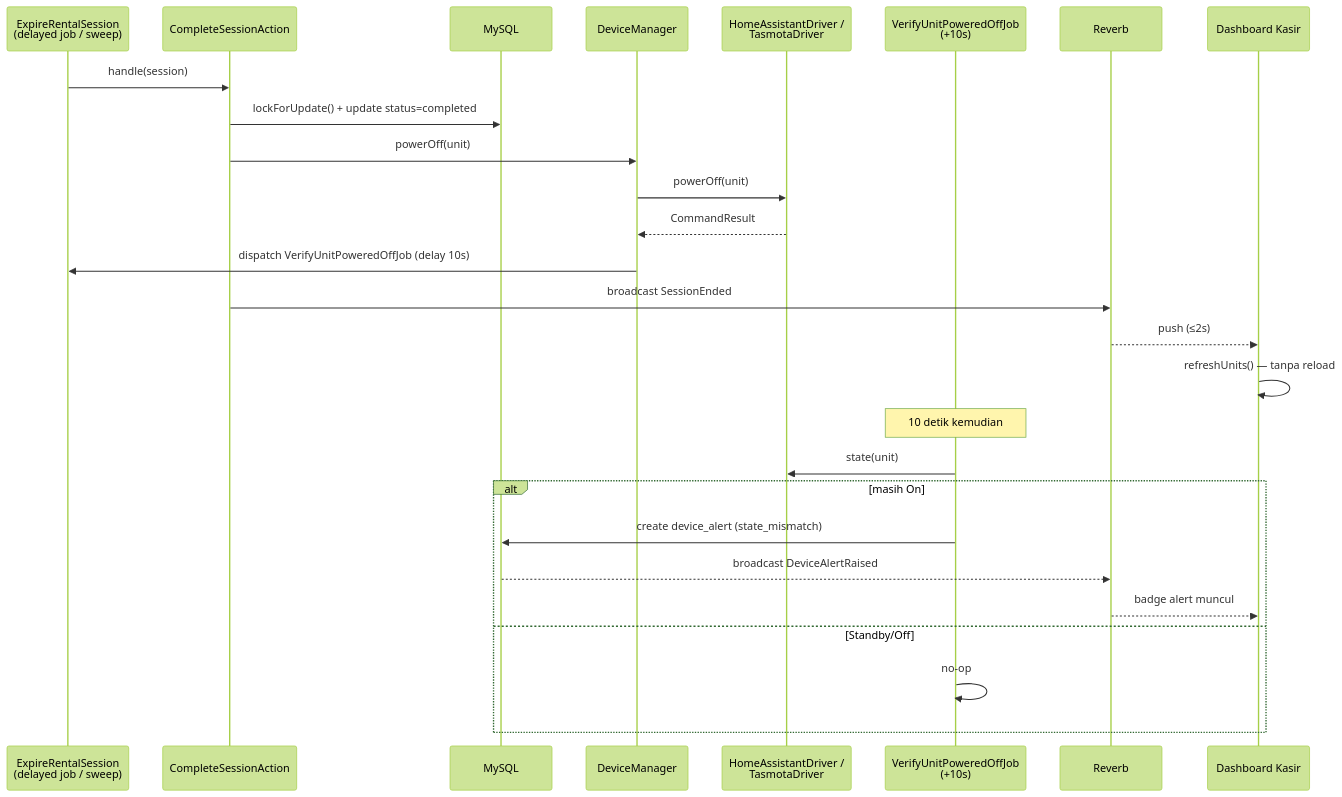
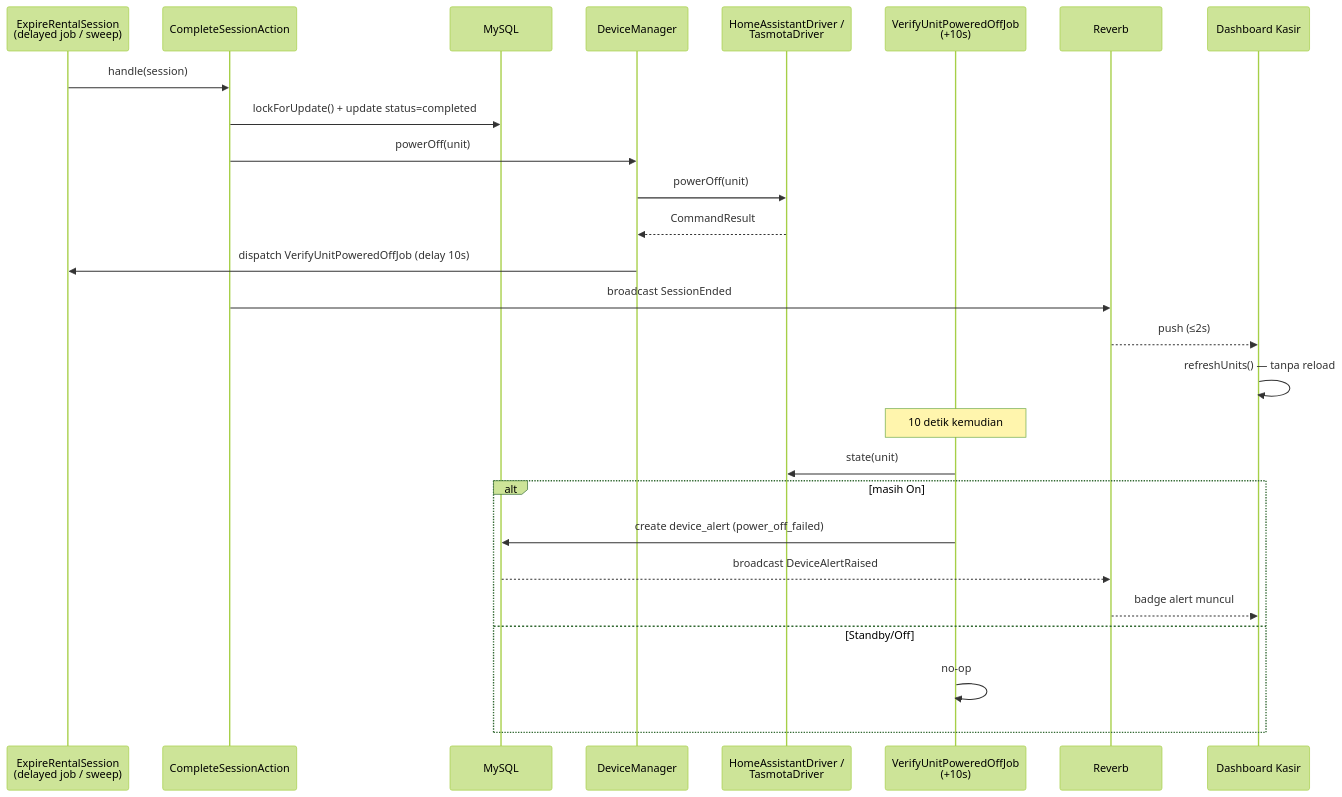
Before and after one commit to creativetreesgroup/Ecosystem-Billing: the third of 3 diagrams in README.md, drawn with Mermaid (forest theme). The commit also changed other lines of this file and 12 other files, not shown here.

````diff
--- a/README.md
+++ b/README.md
@@ -157,31 +157,31 @@
 ```mermaid
 sequenceDiagram
     participant Job as ExpireRentalSession<br/>(delayed job / sweep)
     participant Action as CompleteSessionAction
     participant DB as MySQL
     participant DM as DeviceManager
     participant Driver as HomeAssistantDriver /<br/>TasmotaDriver
     participant Verify as VerifyUnitPoweredOffJob<br/>(+10s)
     participant Reverb
     participant Dash as Dashboard Kasir
 
     Job->>Action: handle(session)
     Action->>DB: lockForUpdate() + update status=completed
     Action->>DM: powerOff(unit)
     DM->>Driver: powerOff(unit)
     Driver-->>DM: CommandResult
     DM->>Job: dispatch VerifyUnitPoweredOffJob (delay 10s)
     Action->>Reverb: broadcast SessionEnded
     Reverb-->>Dash: push (≤2s)
     Dash->>Dash: refreshUnits() — tanpa reload
 
     Note over Verify: 10 detik kemudian
     Verify->>Driver: state(unit)
     alt masih On
-        Verify->>DB: create device_alert (state_mismatch)
+        Verify->>DB: create device_alert (power_off_failed)
         DB-->>Reverb: broadcast DeviceAlertRaised
         Reverb-->>Dash: badge alert muncul
     else Standby/Off
         Verify->>Verify: no-op
     end
 ```
````
